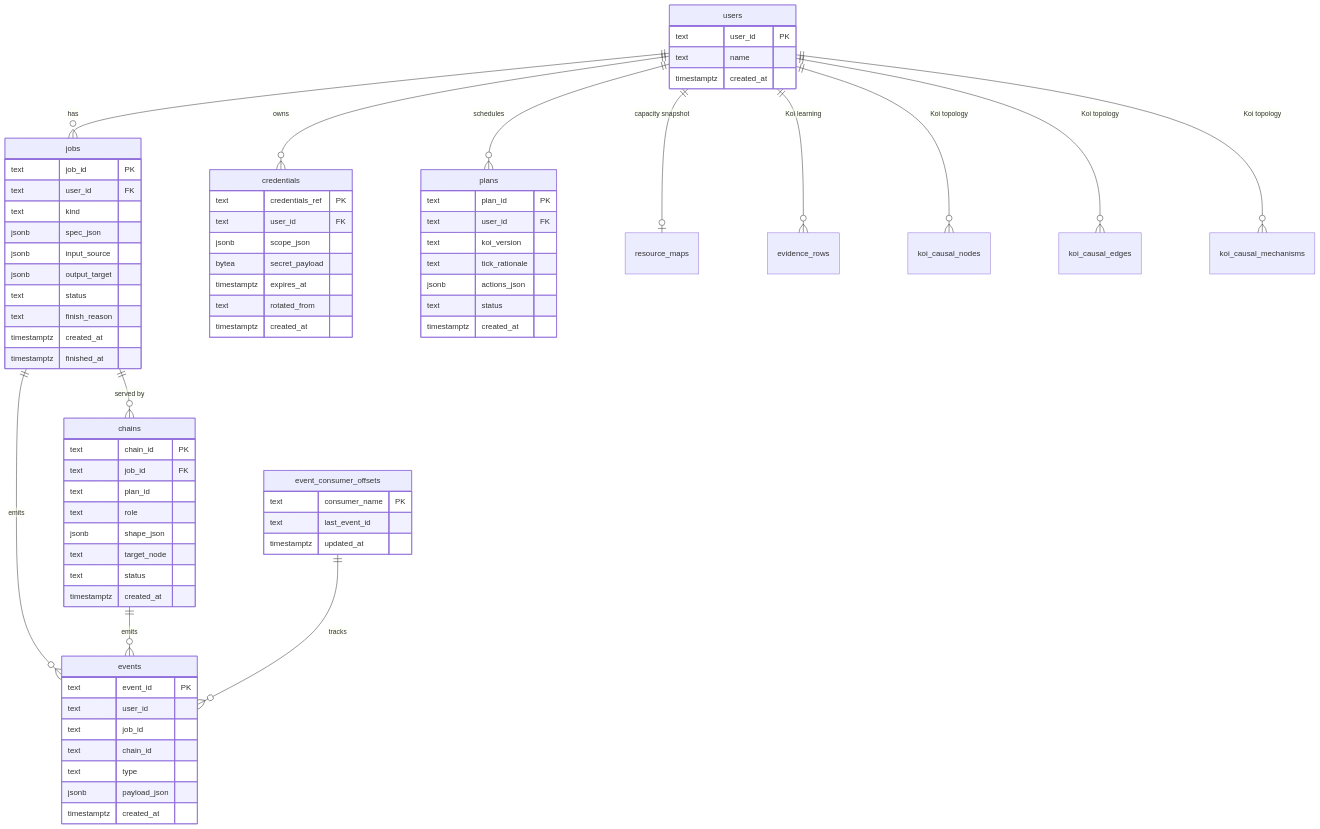
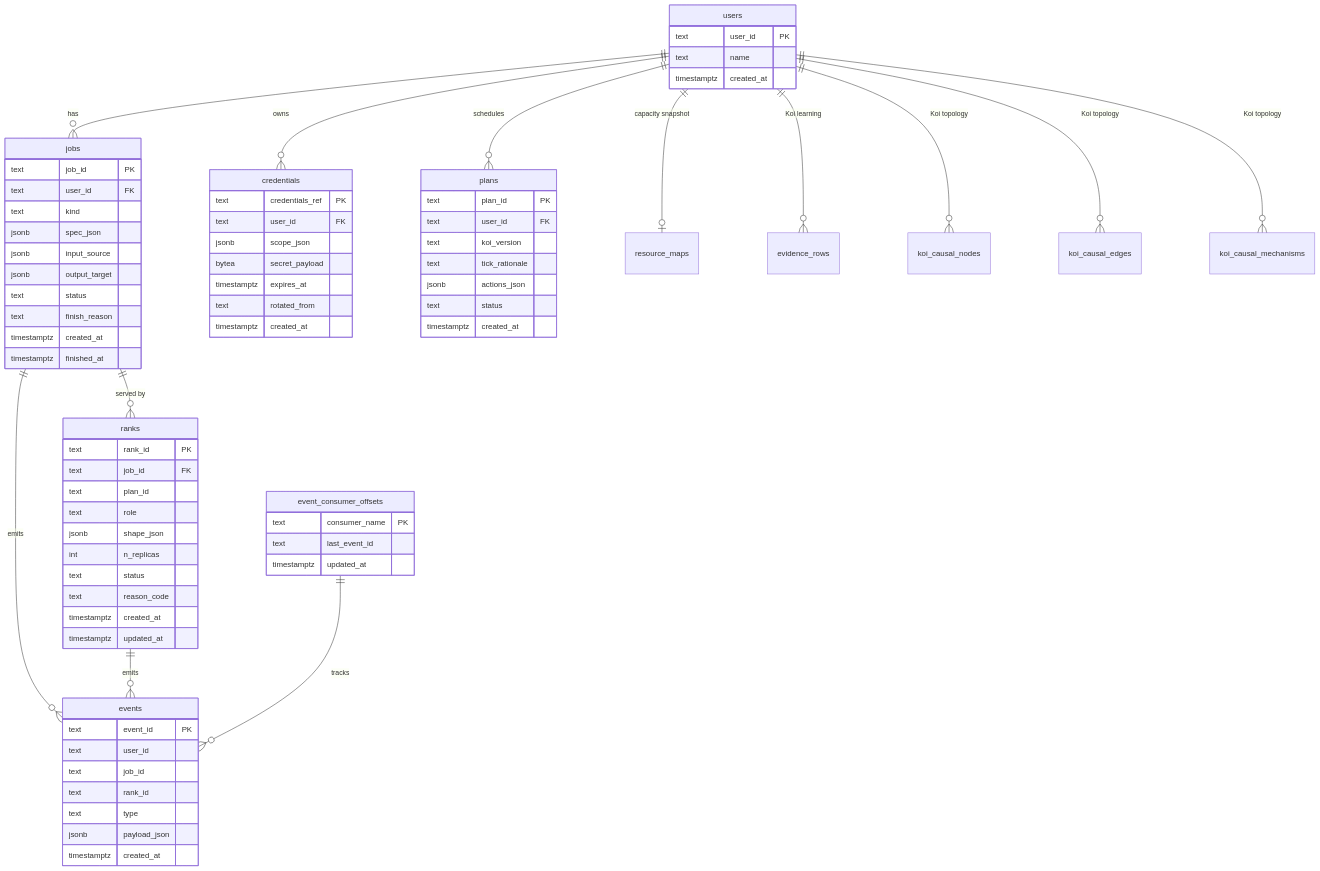
One commit to Tandemn-Labs/tandemn-store changed the second of 5 diagrams in DATA_ARCHITECTURE.md. Above: the diagram before and after it, drawn with Mermaid. The commit also changed other lines of this file and 23 other files, not shown here.

Commit message:
feat(store): replace chains with canonical ranks

````diff
--- a/DATA_ARCHITECTURE.md
+++ b/DATA_ARCHITECTURE.md
@@ -119,75 +118,77 @@
 ```mermaid
 erDiagram
     users ||--o{ jobs : has
     users ||--o{ credentials : owns
     users ||--o{ plans : schedules
     users ||--o| resource_maps : "capacity snapshot"
     users ||--o{ evidence_rows : "Koi learning"
     users ||--o{ koi_causal_nodes : "Koi topology"
     users ||--o{ koi_causal_edges : "Koi topology"
     users ||--o{ koi_causal_mechanisms : "Koi topology"
-    jobs ||--o{ chains : "served by"
+    jobs ||--o{ ranks : "served by"
     jobs ||--o{ events : emits
-    chains ||--o{ events : emits
+    ranks ||--o{ events : emits
     event_consumer_offsets ||--o{ events : tracks
 
     users {
       text user_id PK
       text name
       timestamptz created_at
     }
     jobs {
       text job_id PK
       text user_id FK
       text kind
       jsonb spec_json
       jsonb input_source
       jsonb output_target
       text status
       text finish_reason
       timestamptz created_at
       timestamptz finished_at
     }
     plans {
       text plan_id PK
       text user_id FK
       text koi_version
       text tick_rationale
       jsonb actions_json
       text status
       timestamptz created_at
     }
-    chains {
-      text chain_id PK
+    ranks {
+      text rank_id PK
       text job_id FK
       text plan_id
       text role
       jsonb shape_json
-      text target_node
+      int n_replicas
       text status
+      text reason_code
       timestamptz created_at
+      timestamptz updated_at
     }
     events {
       text event_id PK
       text user_id
       text job_id
-      text chain_id
+      text rank_id
       text type
       jsonb payload_json
       timestamptz created_at
     }
     event_consumer_offsets {
       text consumer_name PK
       text last_event_id
       timestamptz updated_at
     }
     credentials {
       text credentials_ref PK
       text user_id FK
       jsonb scope_json
       bytea secret_payload
       timestamptz expires_at
       text rotated_from
       timestamptz created_at
     }
 ```
````
